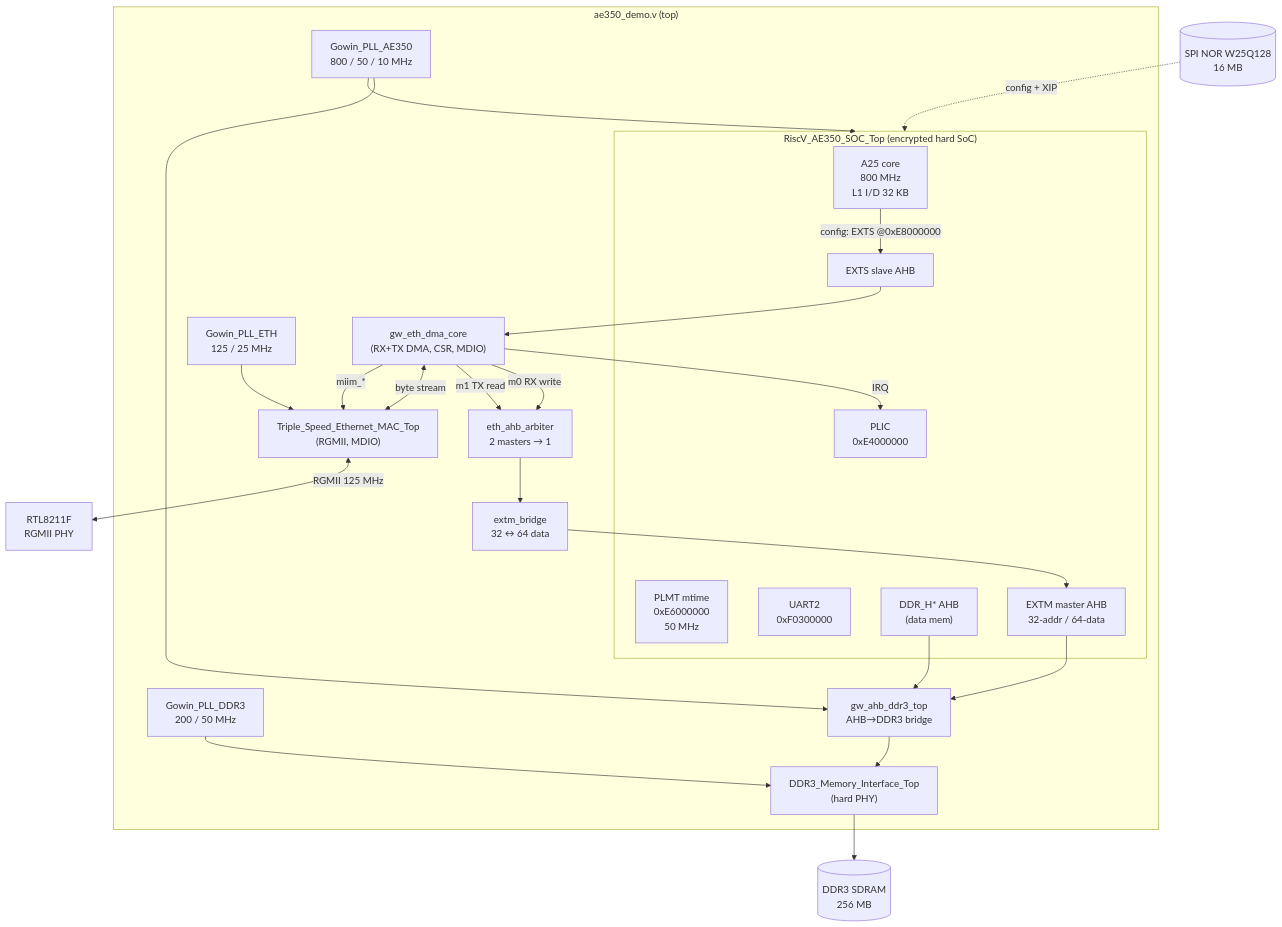
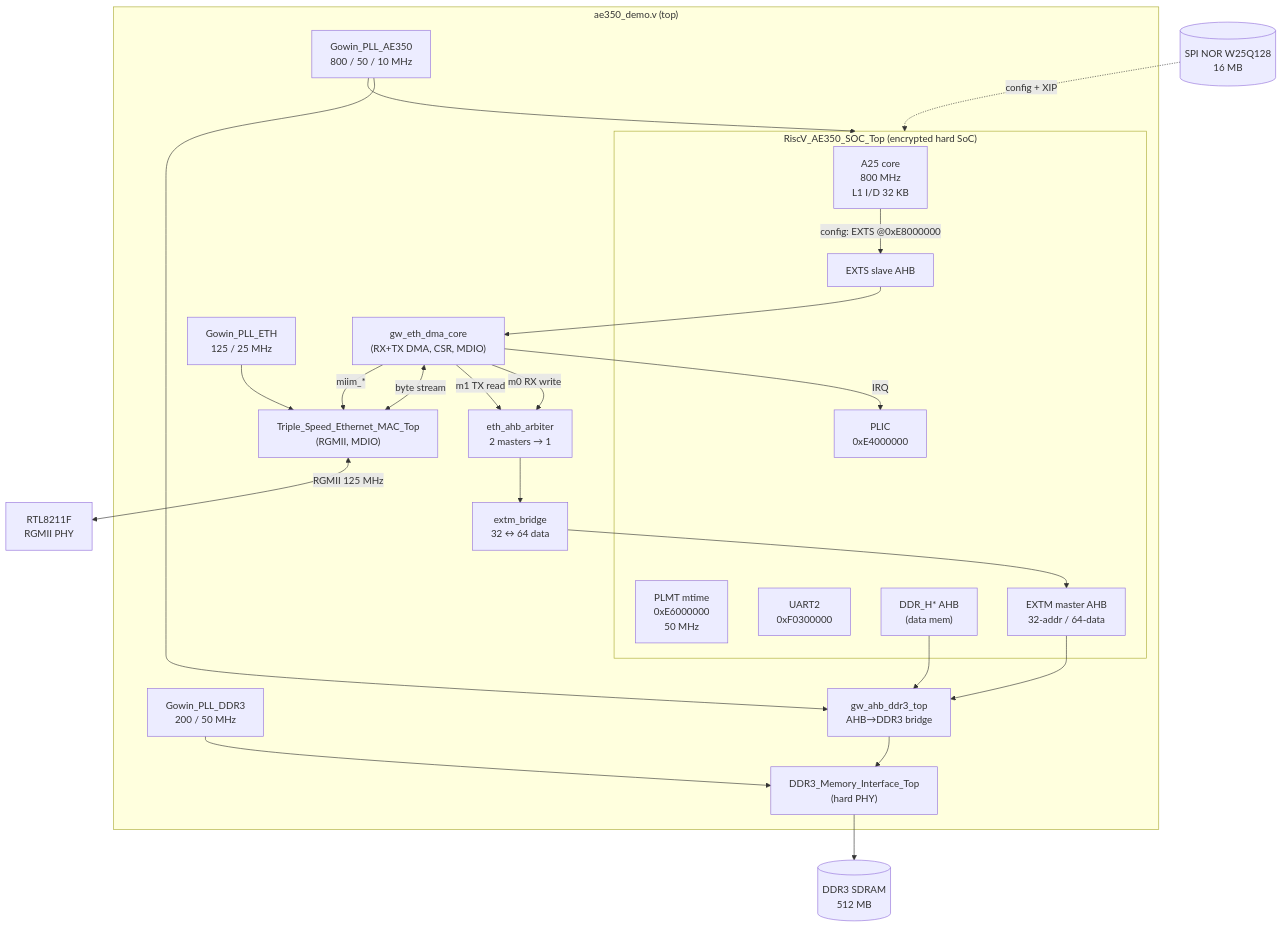
The first of 2 diagrams in doc/01-architecture.md (phoenix367/tang-mega-138K-Pro-demo), drawn with Mermaid before and after one commit. The commit also changed other lines of this file and 22 other files, not shown here.

````diff
--- a/doc/01-architecture.md
+++ b/doc/01-architecture.md
@@ -10,47 +10,47 @@
 ```mermaid
 graph TB
   subgraph TOP["ae350_demo.v (top)"]
     subgraph SOC["RiscV_AE350_SOC_Top (encrypted hard SoC)"]
       A25["A25 core<br/>800 MHz<br/>L1 I/D 32 KB"]
       PLIC["PLIC<br/>0xE4000000"]
       PLMT["PLMT mtime<br/>0xE6000000<br/>50 MHz"]
       UART["UART2<br/>0xF0300000"]
       DDRH["DDR_H* AHB<br/>(data mem)"]
       EXTS["EXTS slave AHB"]
       EXTM["EXTM master AHB<br/>32-addr / 64-data"]
     end
 
     PLLA["Gowin_PLL_AE350<br/>800 / 50 / 10 MHz"]
     PLLD["Gowin_PLL_DDR3<br/>200 / 50 MHz"]
     PLLE["Gowin_PLL_ETH<br/>125 / 25 MHz"]
 
     DDRBR["gw_ahb_ddr3_top<br/>AHB→DDR3 bridge"]
     DDRPHY["DDR3_Memory_Interface_Top<br/>(hard PHY)"]
 
     DMA["gw_eth_dma_core<br/>(RX+TX DMA, CSR, MDIO)"]
     ARB["eth_ahb_arbiter<br/>2 masters → 1"]
     BR["extm_bridge<br/>32 ↔ 64 data"]
     MAC["Triple_Speed_Ethernet_MAC_Top<br/>(RGMII, MDIO)"]
   end
 
   FLASH[("SPI NOR W25Q128<br/>16 MB")]
-  DDR[("DDR3 SDRAM<br/>256 MB")]
+  DDR[("DDR3 SDRAM<br/>512 MB")]
   PHYC["RTL8211F<br/>RGMII PHY"]
 
   FLASH -.config + XIP.-> SOC
   PLLA --> SOC
   PLLA --> DDRBR
   PLLD --> DDRPHY
   PLLE --> MAC
 
   DDRH --> DDRBR --> DDRPHY --> DDR
 
   A25 -->|"config: EXTS @0xE8000000"| EXTS --> DMA
   DMA -->|"m0 RX write"| ARB
   DMA -->|"m1 TX read"| ARB
   ARB --> BR --> EXTM --> DDRBR
   DMA <-->|"byte stream"| MAC
   DMA -->|"miim_*"| MAC
   MAC <-->|RGMII 125 MHz| PHYC
   DMA -->|"IRQ"| PLIC
 ```
````
